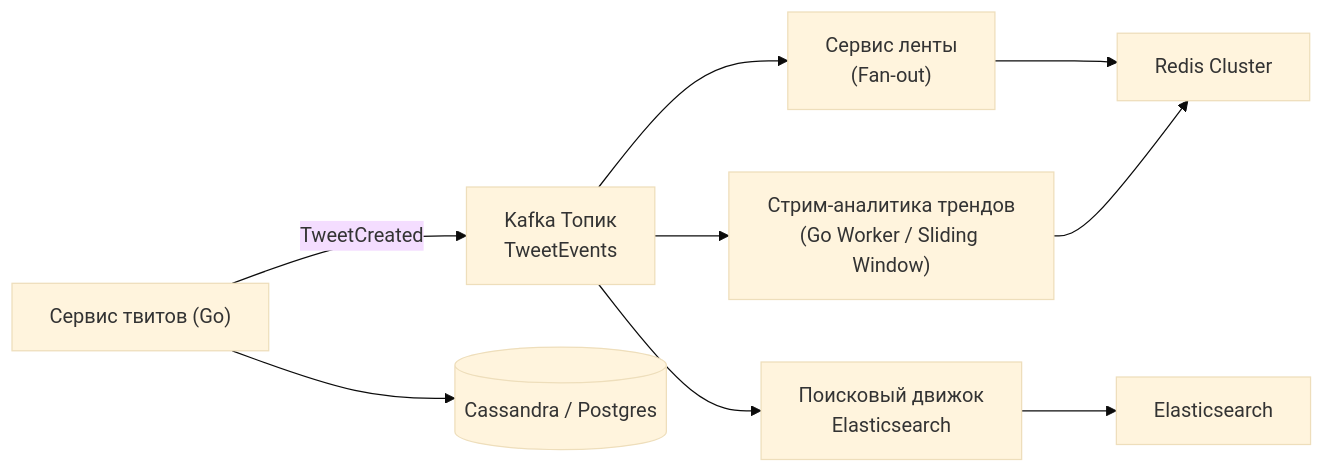
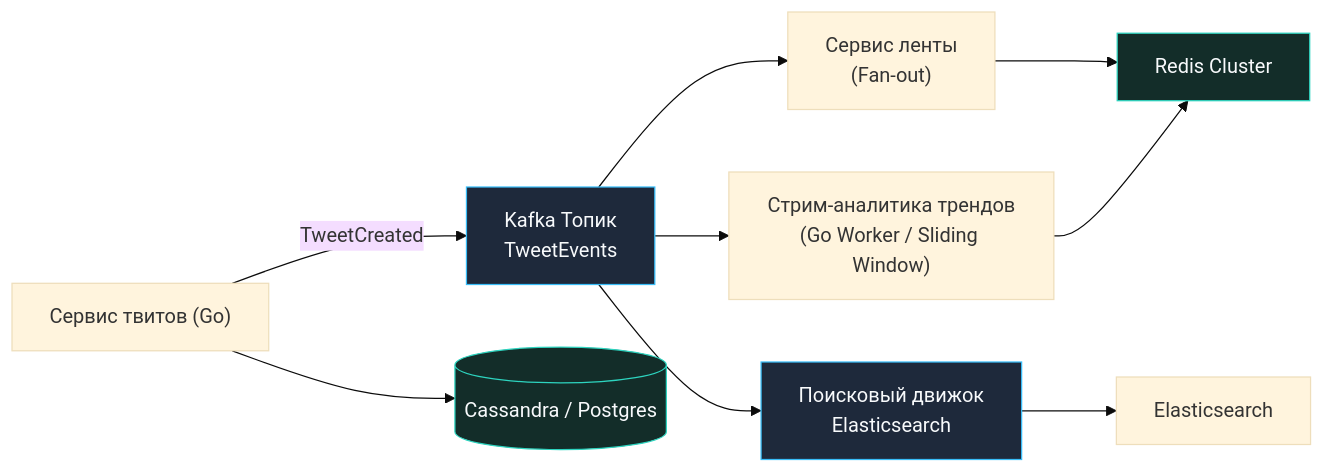
One commit to UnrealTemplier/go-textbook changed the fifth of 10 diagrams in sources/11. Архитектура и System Design/52. Разбор типичных System Design задач.md. Above: the diagram before and after it, drawn with Mermaid (base theme). The commit also changed other lines of this file and 1666 other files, not shown here.

First line of the commit message:
feat(mermaid): add semantic color classDef to 1369 colorless flowchart/graph diagrams

````diff
--- a/sources/11. Архитектура и System Design/52. Разбор типичных System Design задач.md
+++ b/sources/11. Архитектура и System Design/52. Разбор типичных System Design задач.md
@@ -275,16 +315,26 @@
 ```mermaid
 flowchart LR
+    classDef process  fill:#1e293b,stroke:#38bdf8,stroke-width:1px,color:#f8fafc
+    classDef success  fill:#064e3b,stroke:#34d399,stroke-width:1px,color:#f8fafc
+    classDef error    fill:#7f1d1d,stroke:#f87171,stroke-width:1px,color:#f8fafc
+    classDef warning  fill:#78350f,stroke:#fbbf24,stroke-width:1px,color:#f8fafc
+    classDef entry    fill:#1e3a5f,stroke:#38bdf8,stroke-width:2px,color:#f8fafc
+    classDef aux      fill:#334155,stroke:#64748b,stroke-width:1px,color:#f8fafc
+    classDef system   fill:#312e81,stroke:#a78bfa,stroke-width:1px,color:#f8fafc
+    classDef data     fill:#132d29,stroke:#2dd4bf,stroke-width:1px,color:#f8fafc
+    classDef network  fill:#881337,stroke:#fb7185,stroke-width:1px,color:#f8fafc
+    classDef accent   fill:#1e1b4b,stroke:#818cf8,stroke-width:1px,color:#f8fafc
     TweetSvc["Сервис твитов (Go)"]
-    Kafka["Kafka Топик<br>TweetEvents"]
+    Kafka["Kafka Топик<br>TweetEvents"]:::process
     Timeline["Сервис ленты<br>(Fan-out)"]
     Trend["Стрим-аналитика трендов<br>(Go Worker / Sliding Window)"]
-    Search["Поисковый движок<br>Elasticsearch"]
-    DB[("Cassandra / Postgres")]
-    Cache["Redis Cluster"]
+    Search["Поисковый движок<br>Elasticsearch"]:::process
+    DB[("Cassandra / Postgres")]:::data
+    Cache["Redis Cluster"]:::data
 
     TweetSvc -->|"TweetCreated"| Kafka
     Kafka --> Timeline --> Cache
     Kafka --> Trend --> Cache
     Kafka --> Search --> Elasticsearch
     TweetSvc --> DB
 ```
````
